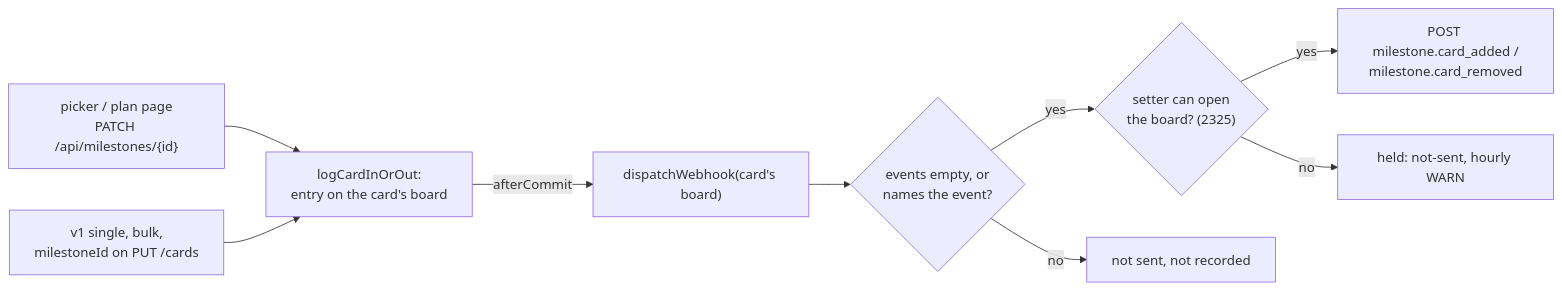
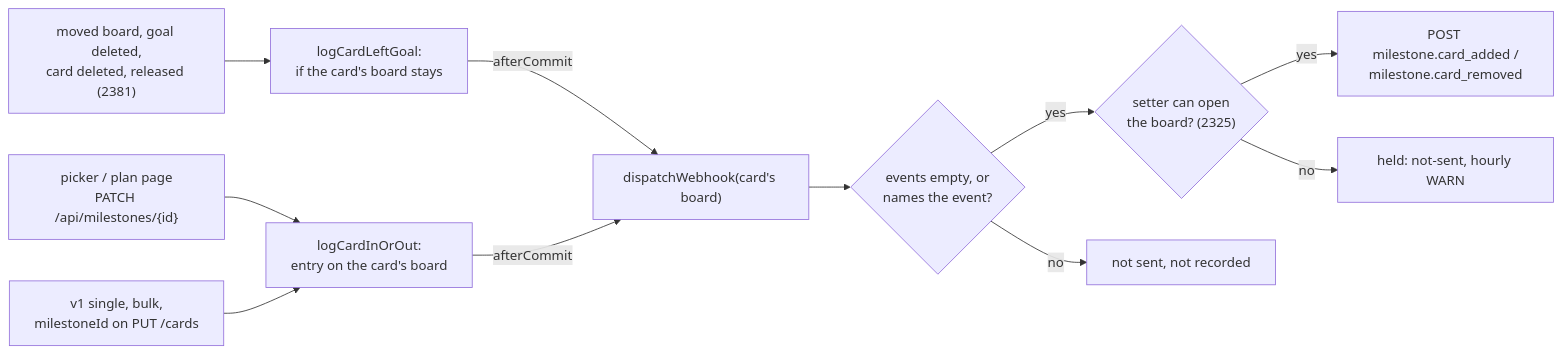
One commit to gitBoon/DumpFire changed diagram 22 of 23 in docs/notifications-email.md. Above: the diagram before and after it, drawn with Mermaid. The commit also changed other lines of this file and 28 other files, not shown here.

````diff
--- a/docs/notifications-email.md
+++ b/docs/notifications-email.md
@@ -1675,11 +1691,13 @@
 ```mermaid
 flowchart LR
     W["picker / plan page<br/>PATCH /api/milestones/{id}"] --> L
     V["v1 single, bulk,<br/>milestoneId on PUT /cards"] --> L
+    O["moved board, goal deleted,<br/>card deleted, released (2381)"] --> F["logCardLeftGoal:<br/>if the card's board stays"]
+    F -->|"afterCommit"| D
     L["logCardInOrOut:<br/>entry on the card's board"] -->|"afterCommit"| D["dispatchWebhook(card's board)"]
     D --> E{"events empty, or<br/>names the event?"}
     E -->|"yes"| H{"setter can open<br/>the board? (2325)"}
     E -->|"no"| X["not sent, not recorded"]
     H -->|"yes"| S["POST milestone.card_added /<br/>milestone.card_removed"]
     H -->|"no"| N["held: not-sent, hourly WARN"]
 ```
````
